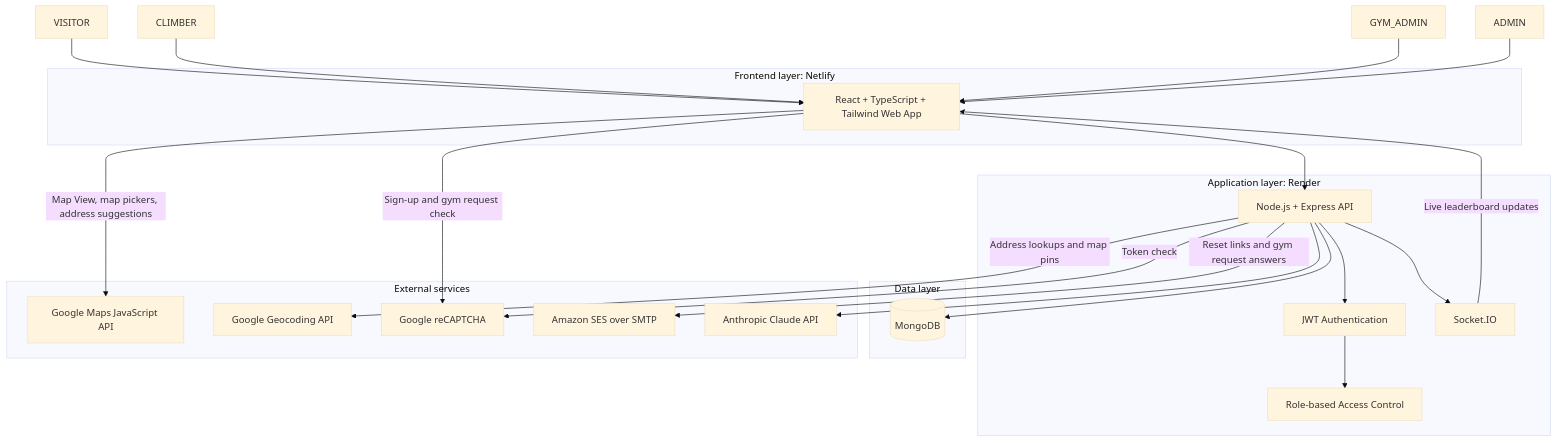
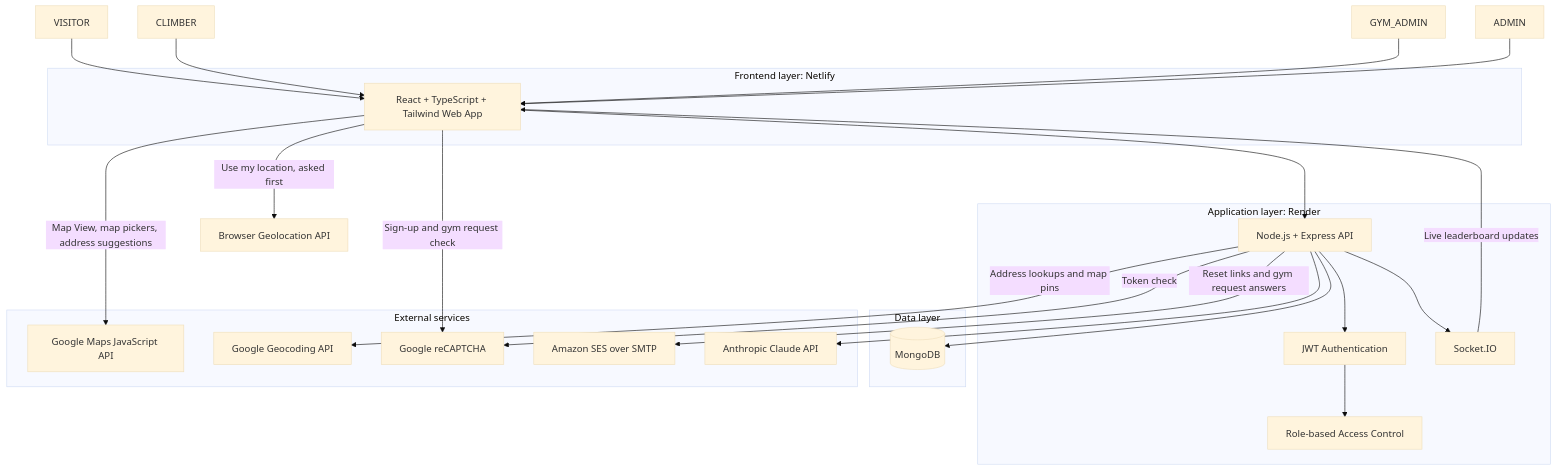
One commit to COMP313-T3/Software-Project-2 changed the diagram in specs/specs.md. Above: the diagram before and after it, drawn with Mermaid (base theme). The commit also changed other lines of this file and 7 other files, not shown here.

````diff
--- a/specs/specs.md
+++ b/specs/specs.md
@@ -393,38 +395,39 @@
 ```mermaid
 flowchart TB
     V[VISITOR] --> UI
     C[CLIMBER] --> UI
     GA[GYM_ADMIN] --> UI
     A[ADMIN] --> UI
     subgraph FRONTEND[Frontend layer: Netlify]
         UI[React + TypeScript + Tailwind Web App]
     end
     subgraph APPLICATION[Application layer: Render]
         API[Node.js + Express API]
         AUTH[JWT Authentication]
         RBAC[Role-based Access Control]
         SOCKET[Socket.IO]
     end
     subgraph DATA[Data layer]
         DB[(MongoDB)]
     end
     subgraph EXTERNAL[External services]
         MAPS[Google Maps JavaScript API]
         GEO[Google Geocoding API]
         CAPTCHA[Google reCAPTCHA]
         MAIL[Amazon SES over SMTP]
         AI[Anthropic Claude API]
     end
     UI --> API
     UI -->|Map View, map pickers, address suggestions| MAPS
+    UI -->|Use my location, asked first| LOC[Browser Geolocation API]
     UI -->|Sign-up and gym request check| CAPTCHA
     API --> AUTH
     AUTH --> RBAC
     API --> SOCKET
     SOCKET -->|Live leaderboard updates| UI
     API --> DB
     API -->|Address lookups and map pins| GEO
     API -->|Token check| CAPTCHA
     API -->|Reset links and gym request answers| MAIL
     API --> AI
 ```
````
